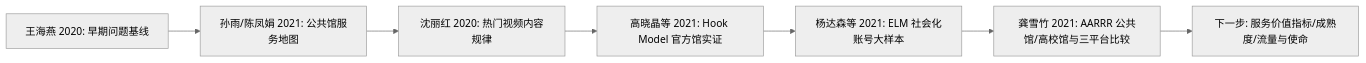
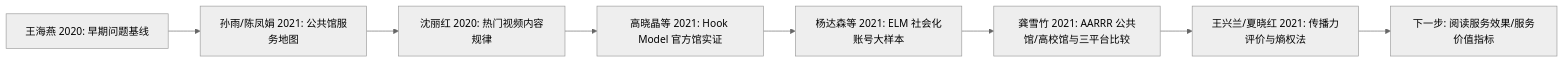
One commit to leungsx/ResearchWorkflow changed the diagram in projects/library_short_video/literature/reading_board.md. Above: the diagram before and after it, drawn with Mermaid (neutral theme). The commit also changed other lines of this file and 155 other files, not shown here.

````diff
--- a/projects/library_short_video/literature/reading_board.md
+++ b/projects/library_short_video/literature/reading_board.md
@@ -113,9 +113,10 @@
 ```mermaid
 flowchart LR
     A[王海燕 2020: 早期问题基线] --> B[孙雨/陈凤娟 2021: 公共馆服务地图]
     B --> C[沈丽红 2020: 热门视频内容规律]
     C --> D[高晓晶等 2021: Hook Model 官方馆实证]
     D --> E[杨达森等 2021: ELM 社会化账号大样本]
     E --> F[龚雪竹 2021: AARRR 公共馆/高校馆与三平台比较]
-    F --> G[下一步: 服务价值指标/成熟度/流量与使命]
+    F --> G[王兴兰/夏晓红 2021: 传播力评价与熵权法]
+    G --> H[下一步: 阅读服务效果/服务价值指标]
 ```
````
